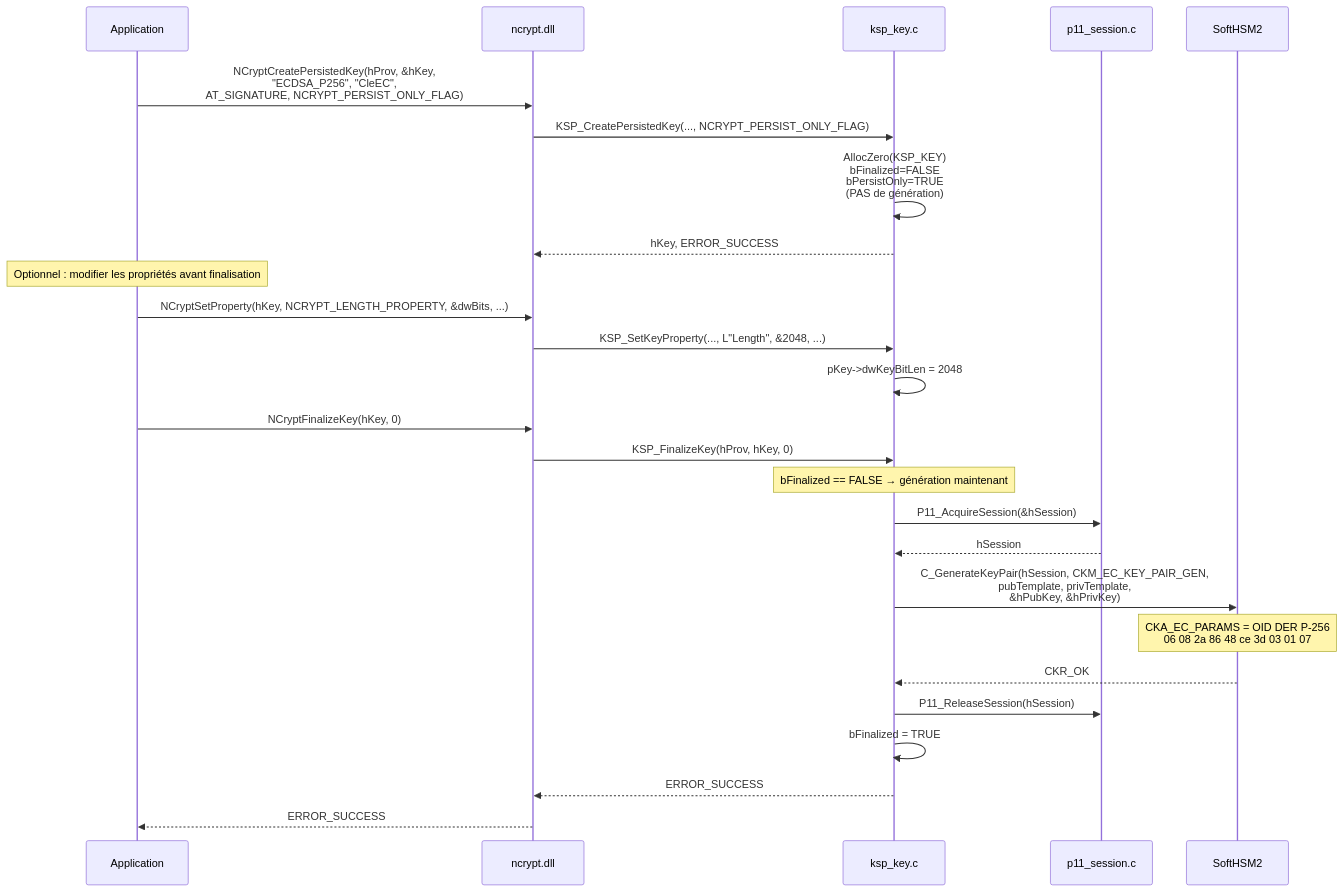
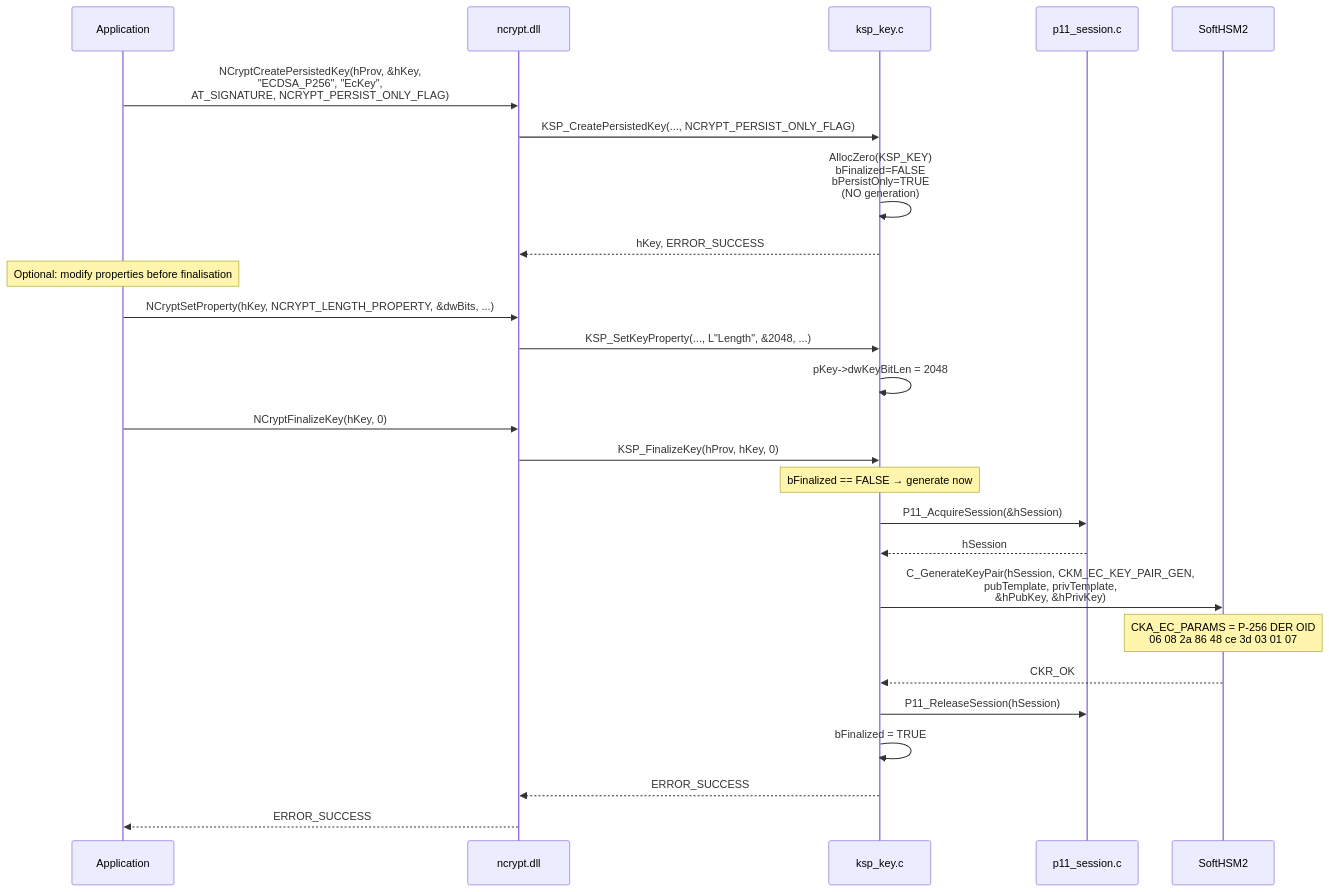
The second of 5 diagrams in softhsm_ksp/docs/03-gestion-cles.md (Gaillotte/Noida), drawn with Mermaid before and after one commit. The commit also changed other lines of this file and 9 other files, not shown here.

````diff
--- a/softhsm_ksp/docs/03-gestion-cles.md
+++ b/softhsm_ksp/docs/03-gestion-cles.md
@@ -55,40 +55,40 @@
 ```mermaid
 sequenceDiagram
     participant App as Application
     participant NCrypt as ncrypt.dll
     participant KSP as ksp_key.c
     participant Session as p11_session.c
     participant HSM as SoftHSM2
 
-    App->>NCrypt: NCryptCreatePersistedKey(hProv, &hKey,<br/>"ECDSA_P256", "CleEC",<br/>AT_SIGNATURE, NCRYPT_PERSIST_ONLY_FLAG)
+    App->>NCrypt: NCryptCreatePersistedKey(hProv, &hKey,<br/>"ECDSA_P256", "EcKey",<br/>AT_SIGNATURE, NCRYPT_PERSIST_ONLY_FLAG)
     NCrypt->>KSP: KSP_CreatePersistedKey(..., NCRYPT_PERSIST_ONLY_FLAG)
 
-    KSP->>KSP: AllocZero(KSP_KEY)<br/>bFinalized=FALSE<br/>bPersistOnly=TRUE<br/>(PAS de génération)
+    KSP->>KSP: AllocZero(KSP_KEY)<br/>bFinalized=FALSE<br/>bPersistOnly=TRUE<br/>(NO generation)
 
     KSP-->>NCrypt: hKey, ERROR_SUCCESS
 
-    note over App: Optionnel : modifier les propriétés avant finalisation
+    note over App: Optional: modify properties before finalisation
     App->>NCrypt: NCryptSetProperty(hKey, NCRYPT_LENGTH_PROPERTY, &dwBits, ...)
     NCrypt->>KSP: KSP_SetKeyProperty(..., L"Length", &2048, ...)
     KSP->>KSP: pKey->dwKeyBitLen = 2048
 
     App->>NCrypt: NCryptFinalizeKey(hKey, 0)
     NCrypt->>KSP: KSP_FinalizeKey(hProv, hKey, 0)
 
-    note over KSP: bFinalized == FALSE → génération maintenant
+    note over KSP: bFinalized == FALSE → generate now
 
     KSP->>Session: P11_AcquireSession(&hSession)
     Session-->>KSP: hSession
 
     KSP->>HSM: C_GenerateKeyPair(hSession, CKM_EC_KEY_PAIR_GEN,<br/>  pubTemplate, privTemplate,<br/>  &hPubKey, &hPrivKey)
 
-    note over HSM: CKA_EC_PARAMS = OID DER P-256<br/>06 08 2a 86 48 ce 3d 03 01 07
+    note over HSM: CKA_EC_PARAMS = P-256 DER OID<br/>06 08 2a 86 48 ce 3d 03 01 07
 
     HSM-->>KSP: CKR_OK
 
     KSP->>Session: P11_ReleaseSession(hSession)
     KSP->>KSP: bFinalized = TRUE
 
     KSP-->>NCrypt: ERROR_SUCCESS
     NCrypt-->>App: ERROR_SUCCESS
 ```
````
